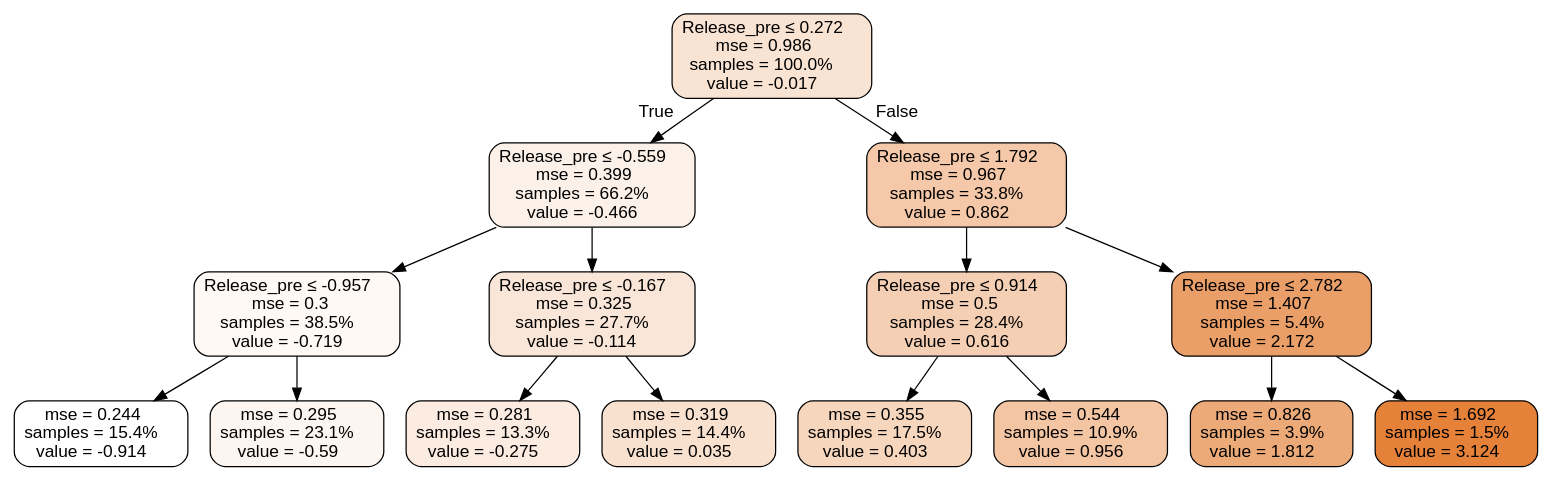
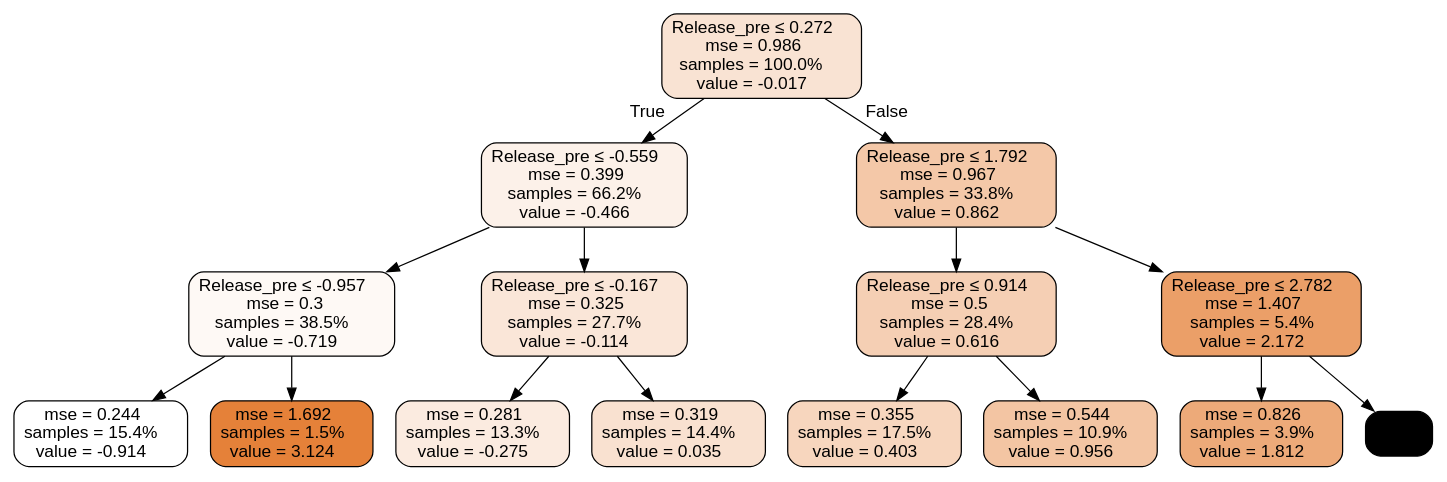
Before and after one commit to lcford2/predict-release: the diagram in results/treed_ml_model/upstream_basic_td3/tree.dot, drawn with Graphviz. The commit also changed 52 other files, not shown here.

```diff
--- a/results/treed_ml_model/upstream_basic_td3/tree.dot
+++ b/results/treed_ml_model/upstream_basic_td3/tree.dot
@@ -1,33 +1,32 @@
 digraph Tree {
 node [shape=box, style="filled, rounded", color="black", fontname=helvetica] ;
 edge [fontname=helvetica] ;
 0 [label=<Release_pre &le; 0.272<br/>mse = 0.986<br/>samples = 100.0%<br/>value = -0.017>, fillcolor="#f9e3d3"] ;
 1 [label=<Release_pre &le; -0.559<br/>mse = 0.399<br/>samples = 66.2%<br/>value = -0.466>, fillcolor="#fcf1e9"] ;
 0 -> 1 [labeldistance=2.5, labelangle=45, headlabel="True"] ;
 2 [label=<Release_pre &le; -0.957<br/>mse = 0.3<br/>samples = 38.5%<br/>value = -0.719>, fillcolor="#fef9f5"] ;
 1 -> 2 ;
 3 [label=<mse = 0.244<br/>samples = 15.4%<br/>value = -0.914>, fillcolor="#ffffff"] ;
 2 -> 3 ;
 4 [label=<mse = 0.295<br/>samples = 23.1%<br/>value = -0.59>, fillcolor="#fdf5ef"] ;
 2 -> 4 ;
 5 [label=<Release_pre &le; -0.167<br/>mse = 0.325<br/>samples = 27.7%<br/>value = -0.114>, fillcolor="#fae6d8"] ;
 1 -> 5 ;
 6 [label=<mse = 0.281<br/>samples = 13.3%<br/>value = -0.275>, fillcolor="#fbebe0"] ;
 5 -> 6 ;
 7 [label=<mse = 0.319<br/>samples = 14.4%<br/>value = 0.035>, fillcolor="#f9e1d0"] ;
 5 -> 7 ;
 8 [label=<Release_pre &le; 1.792<br/>mse = 0.967<br/>samples = 33.8%<br/>value = 0.862>, fillcolor="#f4c8a8"] ;
 0 -> 8 [labeldistance=2.5, labelangle=-45, headlabel="False"] ;
 9 [label=<Release_pre &le; 0.914<br/>mse = 0.5<br/>samples = 28.4%<br/>value = 0.616>, fillcolor="#f5cfb4"] ;
 8 -> 9 ;
 10 [label=<mse = 0.355<br/>samples = 17.5%<br/>value = 0.403>, fillcolor="#f7d6be"] ;
 9 -> 10 ;
 11 [label=<mse = 0.544<br/>samples = 10.9%<br/>value = 0.956>, fillcolor="#f3c5a3"] ;
 9 -> 11 ;
 12 [label=<Release_pre &le; 2.782<br/>mse = 1.407<br/>samples = 5.4%<br/>value = 2.172>, fillcolor="#eb9f68"] ;
 8 -> 12 ;
 13 [label=<mse = 0.826<br/>samples = 3.9%<br/>value = 1.812>, fillcolor="#edaa79"] ;
-12 -> 13 ;
-14 [label=<mse = 1.692<br/>samples = 1.5%<br/>value = 3.124>, fillcolor="#e58139"] ;
+12 -> 13 ;4 [label=<mse = 1.692<br/>samples = 1.5%<br/>value = 3.124>, fillcolor="#e58139"] ;
 12 -> 14 ;
 }
```
